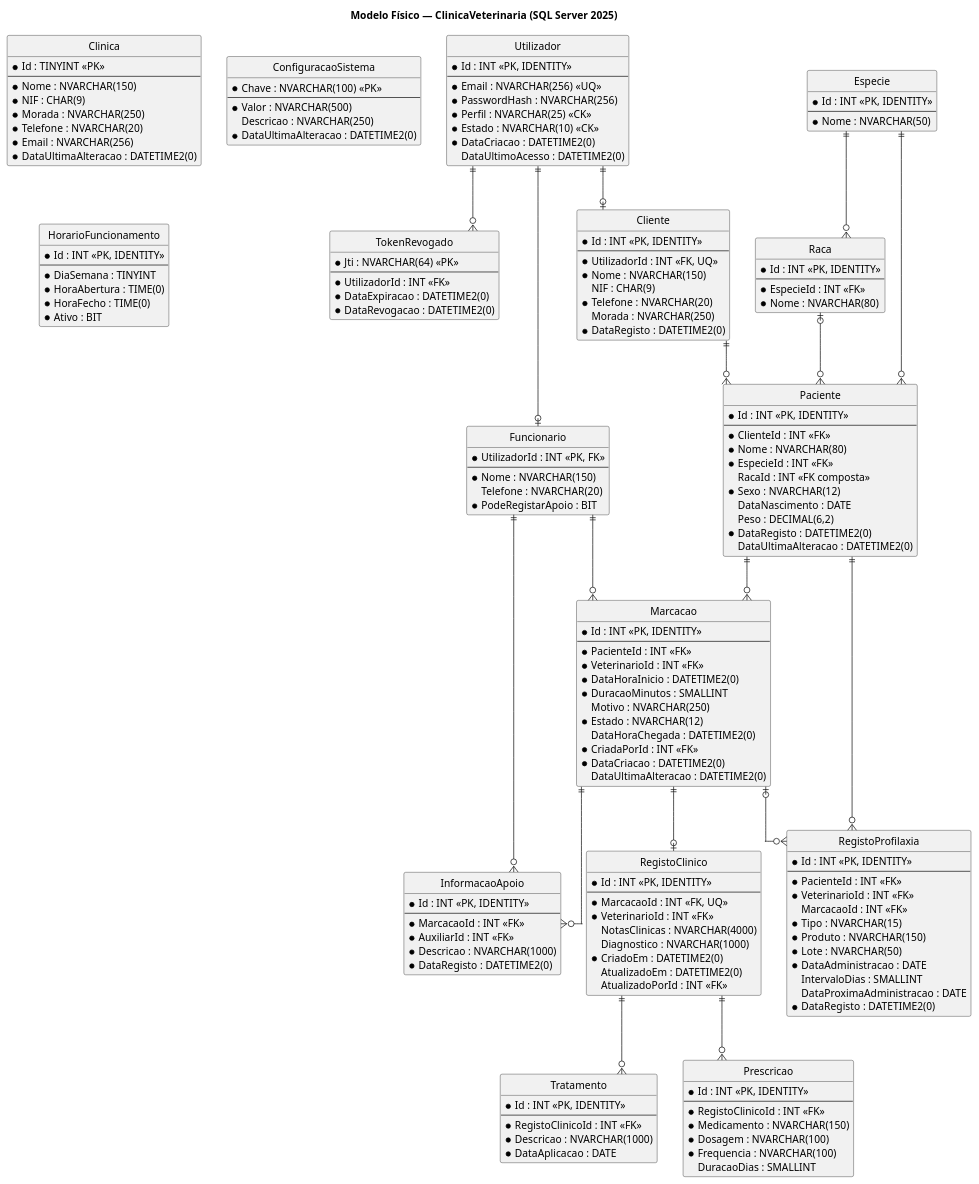
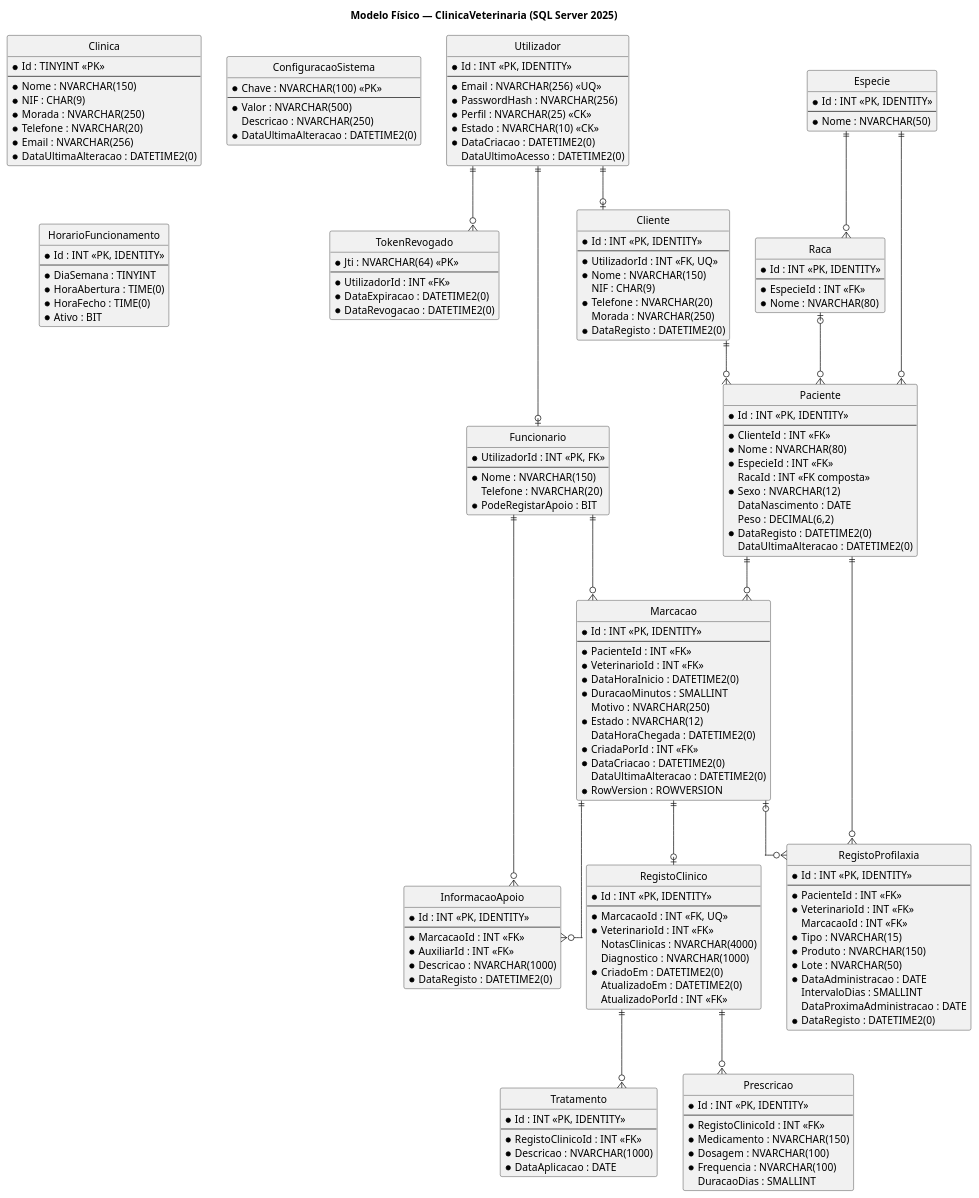
The second of 2 diagrams in 04-artefactos-tecnicos/04.06-modelos-de-dados/m3-modelo-de-dados-clinica-veterinaria-v02.md (LEI-LDS-2026-2027-G08/LEI-Grupo-de-LDS-UTPORTO), drawn with PlantUML before and after one commit. The commit also changed other lines of this file, not shown here.

First line of the commit message:
Modelo de Dados v02: decisões 9.1 (scripts m3-v02) e 9.2 (RowVersion)

```diff
--- a/04-artefactos-tecnicos/04.06-modelos-de-dados/m3-modelo-de-dados-clinica-veterinaria-v02.md
+++ b/04-artefactos-tecnicos/04.06-modelos-de-dados/m3-modelo-de-dados-clinica-veterinaria-v02.md
@@ -419,6 +421,7 @@
   * CriadaPorId : INT <<FK>>
   * DataCriacao : DATETIME2(0)
   DataUltimaAlteracao : DATETIME2(0)
+  * RowVersion : ROWVERSION
 }
 entity "InformacaoApoio" as Apoio {
   * Id : INT <<PK, IDENTITY>>
```
